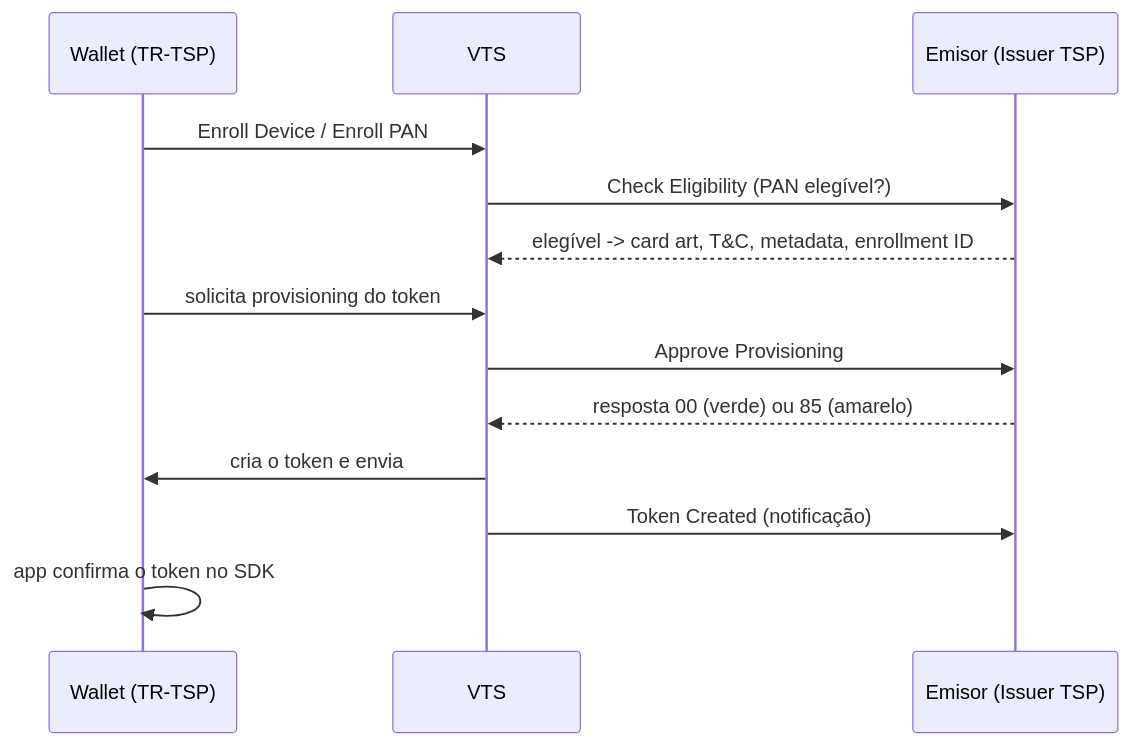
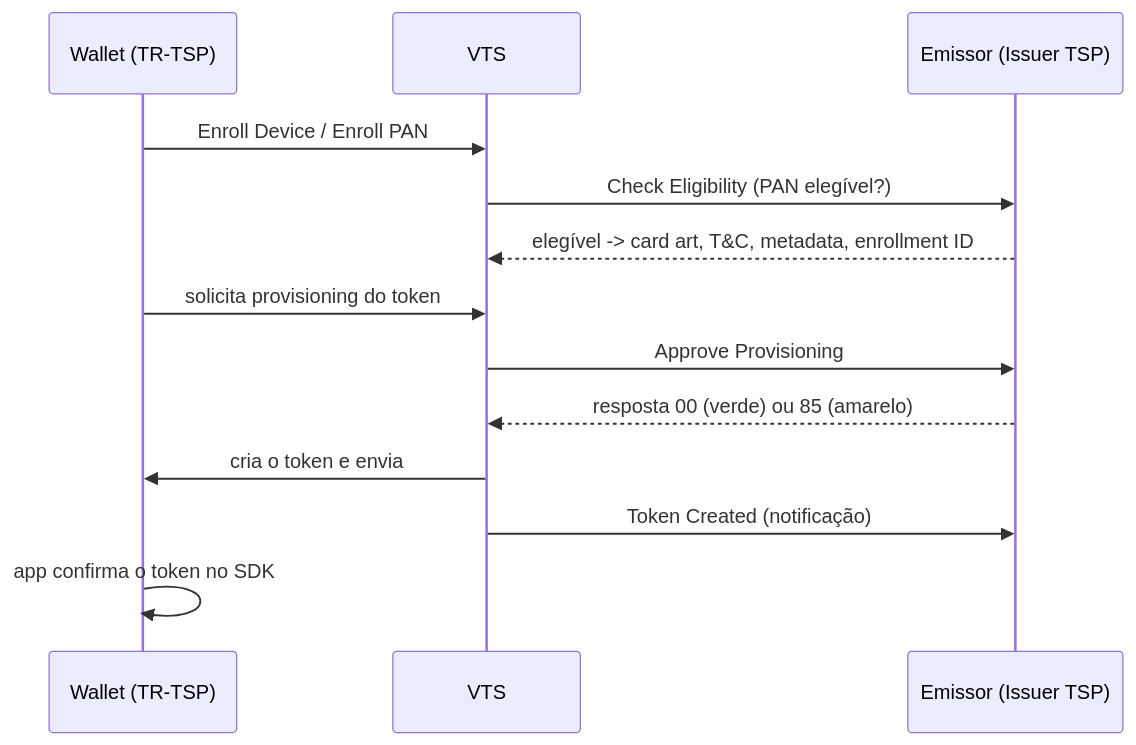
One commit to brunosilvamedeiros269/visa-portal-hub-3-platforms changed the diagram in vault-visa/Conocimiento/Técnico/Tokenização — arquitetura VTS e provisioning (aprofundamento).md. Above: the diagram before and after it, drawn with Mermaid. The commit also changed other lines of this file and 242 other files, not shown here.

````diff
--- a/vault-visa/Conocimiento/Técnico/Tokenização — arquitetura VTS e provisioning (aprofundamento).md
+++ b/vault-visa/Conocimiento/Técnico/Tokenização — arquitetura VTS e provisioning (aprofundamento).md
@@ -33,15 +33,15 @@
 ```mermaid
 sequenceDiagram
   participant W as Wallet (TR-TSP)
   participant VTS as VTS
-  participant I as Emisor (Issuer TSP)
+  participant I as Emissor (Issuer TSP)
   W->>VTS: Enroll Device / Enroll PAN
   VTS->>I: Check Eligibility (PAN elegível?)
   I-->>VTS: elegível -> card art, T&C, metadata, enrollment ID
   W->>VTS: solicita provisioning do token
   VTS->>I: Approve Provisioning
   I-->>VTS: resposta 00 (verde) ou 85 (amarelo)
   VTS->>W: cria o token e envia
   VTS->>I: Token Created (notificação)
   W->>W: app confirma o token no SDK
 ```
````
